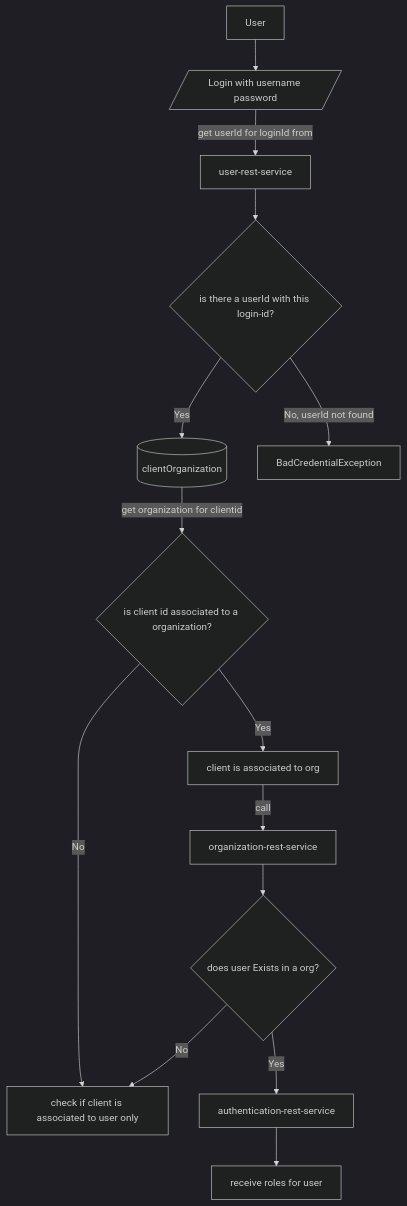
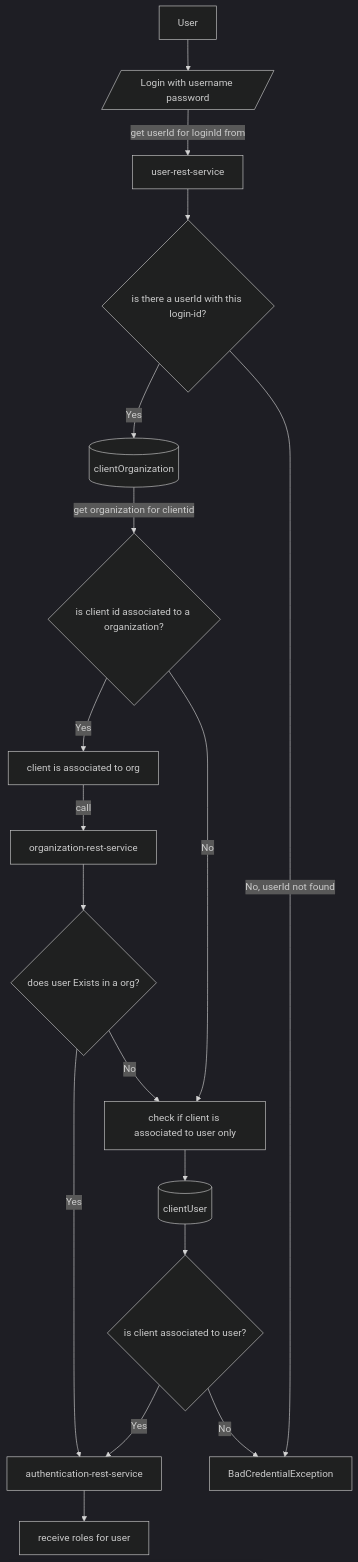
One commit to sonamsamdupkhangsar/spring-authorization-serve changed the diagram in README.md. Above: the diagram before and after it, drawn with Mermaid (dark theme).

````diff
--- a/README.md
+++ b/README.md
@@ -35,21 +35,25 @@
 ```mermaid
 flowchart TD
  User -->login[/Login with username password/]
  login --get userId for loginId from--> userRestService["user-rest-service"]
  userRestService --> getUserId{is there a userId with this login-id?}
  getUserId-->|Yes|clientOrganizationRepo[(clientOrganization)]
  clientOrganizationRepo --get organization for clientid-->checkClientInOrg{is client id associated to a organization?}
  getUserId -->|No, userId not found|returnError[BadCredentialException]
  
  
  checkClientInOrg -->|Yes|clientIsInOrg[client is associated to org]
  checkClientInOrg -->|No|checkClientInUserRelationship["check if client is associated to user only"]
  clientIsInOrg --call--> orgRestService["organization-rest-service"]
  orgRestService --> checkUserExistsInOrg{does user Exists in a org?} 
  checkUserExistsInOrg -->|Yes|authenticate["authentication-rest-service"]
  
  checkUserExistsInOrg -->|No|checkClientInUserRelationship 
  
  authenticate --> receiveRoles[receive roles for user]
+ checkClientInUserRelationship -->clientUserRepo[(clientUser)]
+ clientUserRepo --> clientAssociatedToUser{is client associated to user?}
+ clientAssociatedToUser -->|Yes|authenticate
+ clientAssociatedToUser -->|No|returnError
  
 ```
````
